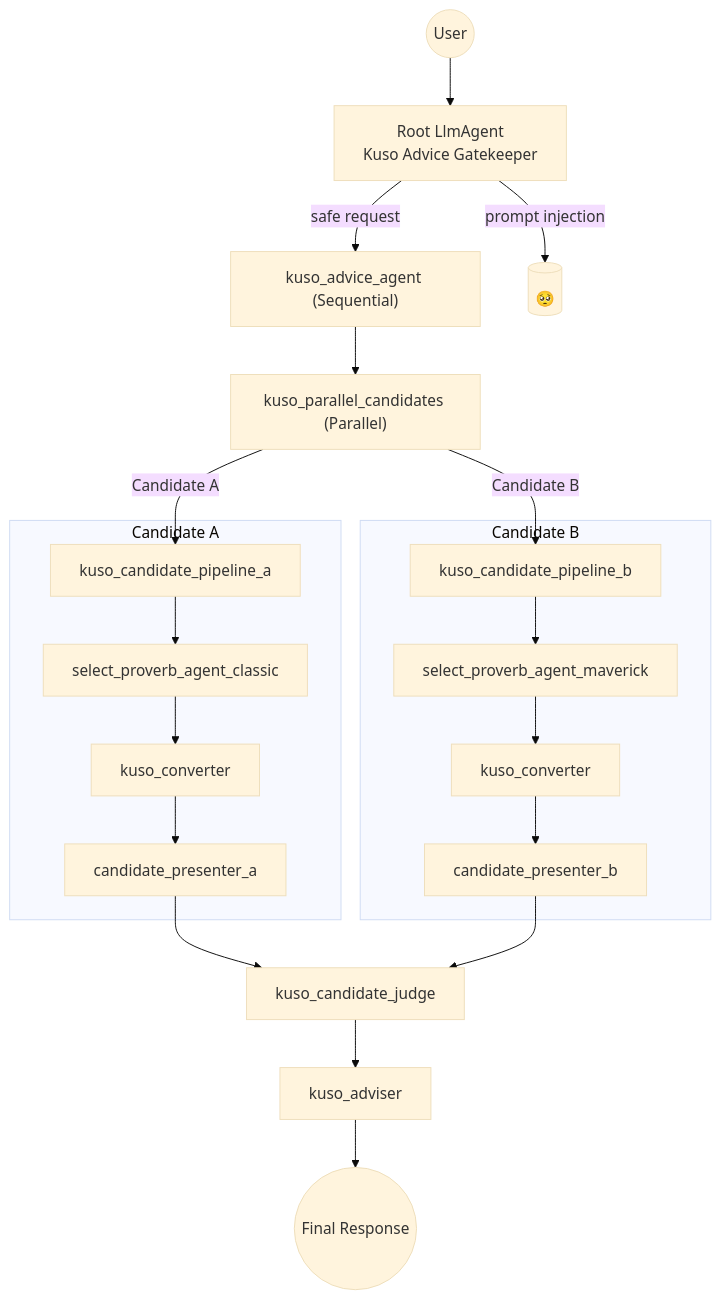
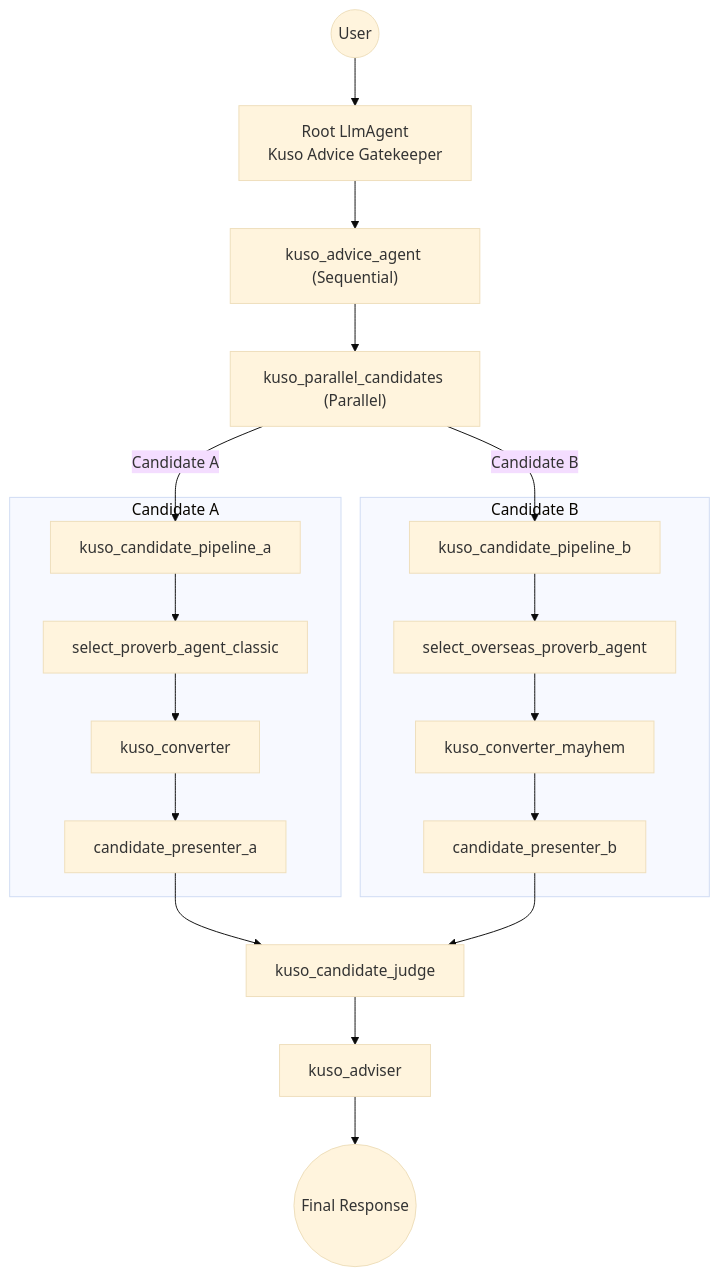
The diagram in README.md (i-icc/kuso-agent), drawn with Mermaid (base theme) before and after one commit. The commit also changed other lines of this file and 11 other files, not shown here.

````diff
--- a/README.md
+++ b/README.md
@@ -24,26 +24,25 @@
 ```mermaid
 graph TD
   user((User)) --> R["Root LlmAgent\nKuso Advice Gatekeeper"]
-  R -- safe request --> SA["kuso_advice_agent (Sequential)"]
+  R --> SA["kuso_advice_agent (Sequential)"]
   SA --> PC["kuso_parallel_candidates (Parallel)"]
   PC -->|Candidate A| CPA["kuso_candidate_pipeline_a"]
   PC -->|Candidate B| CPB["kuso_candidate_pipeline_b"]
 
   subgraph "Candidate A"
     CPA --> SPA["select_proverb_agent_classic"]
     SPA --> KCA["kuso_converter"]
     KCA --> PRA["candidate_presenter_a"]
   end
 
   subgraph "Candidate B"
-    CPB --> SPB["select_proverb_agent_maverick"]
-    SPB --> KCB["kuso_converter"]
+    CPB --> SPB["select_overseas_proverb_agent"]
+    SPB --> KCB["kuso_converter_mayhem"]
     KCB --> PRB["candidate_presenter_b"]
   end
 
   PRA --> J["kuso_candidate_judge"]
   PRB --> J
   J --> ADV["kuso_adviser"]
   ADV --> resp((Final Response))
-  R -- prompt injection --> emoji[(🥺)]
 ```
````
